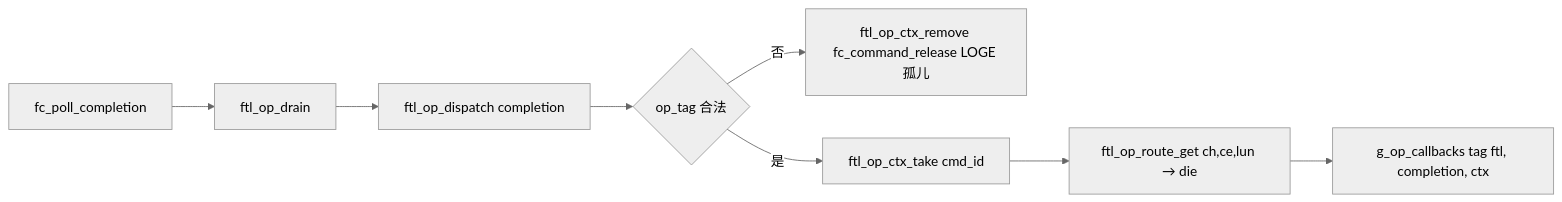
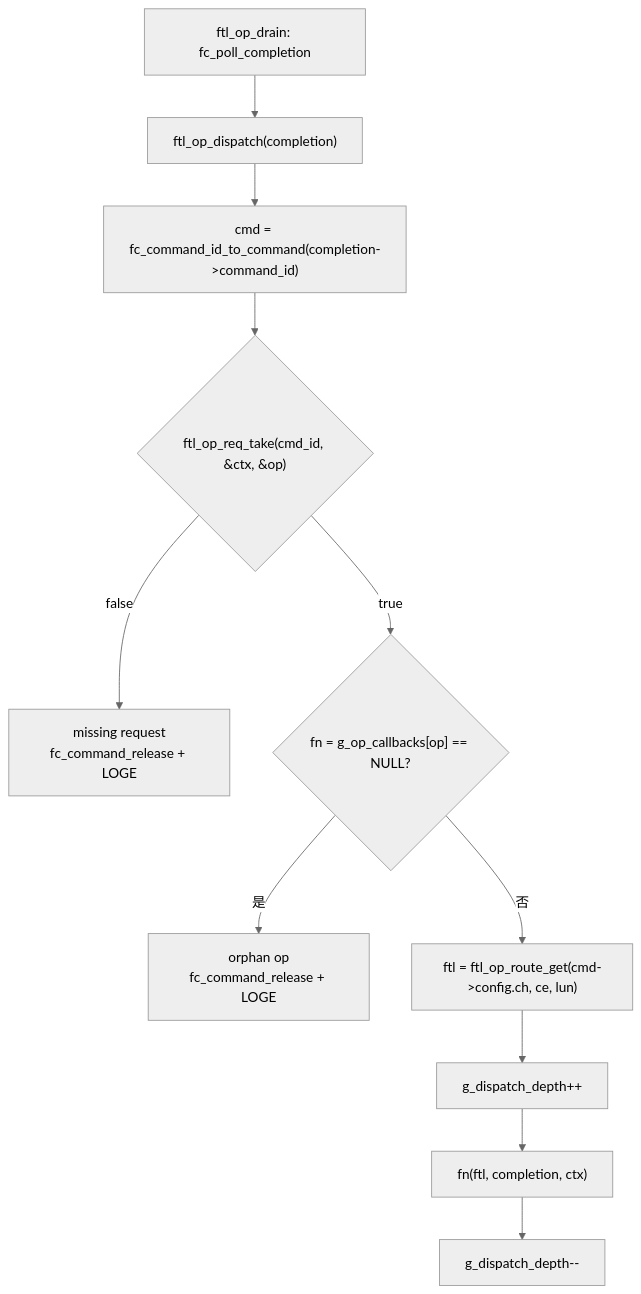
Diagram 19 of 36 in docs/design/ftl_design.md (YzYMIAO/BASESSD), drawn with Mermaid (neutral theme) before and after one commit. The commit also changed other lines of this file and 25 other files, not shown here.

First line of the commit message:
refactor(ftl): 完成派发按 command_id 直接索引，op 移入 request 表

````diff
--- a/docs/design/ftl_design.md
+++ b/docs/design/ftl_design.md
@@ -3062,10 +3156,13 @@
 ```mermaid
-flowchart LR
-    A["fc_poll_completion"] --> B["ftl_op_drain"]
-    B --> C["ftl_op_dispatch completion"]
-    C --> D{"op_tag 合法"}
-    D -- "否" --> E["ftl_op_ctx_remove fc_command_release LOGE 孤儿"]
-    D -- "是" --> F["ftl_op_ctx_take cmd_id"]
-    F --> G["ftl_op_route_get ch,ce,lun → die"]
-    G --> H["g_op_callbacks tag ftl, completion, ctx"]
+flowchart TD
+    A["ftl_op_drain: fc_poll_completion"] --> B["ftl_op_dispatch(completion)"]
+    B --> C["cmd = fc_command_id_to_command(completion->command_id)"]
+    C --> D{"ftl_op_req_take(cmd_id, &ctx, &op)"}
+    D -- "false" --> O["missing request<br/>fc_command_release + LOGE"]
+    D -- "true" --> E{"fn = g_op_callbacks[op] == NULL?"}
+    E -- "是" --> G["orphan op<br/>fc_command_release + LOGE"]
+    E -- "否" --> H["ftl = ftl_op_route_get(cmd->config.ch, ce, lun)"]
+    H --> I["g_dispatch_depth++"]
+    I --> J["fn(ftl, completion, ctx)"]
+    J --> K["g_dispatch_depth--"]
 ```
````
